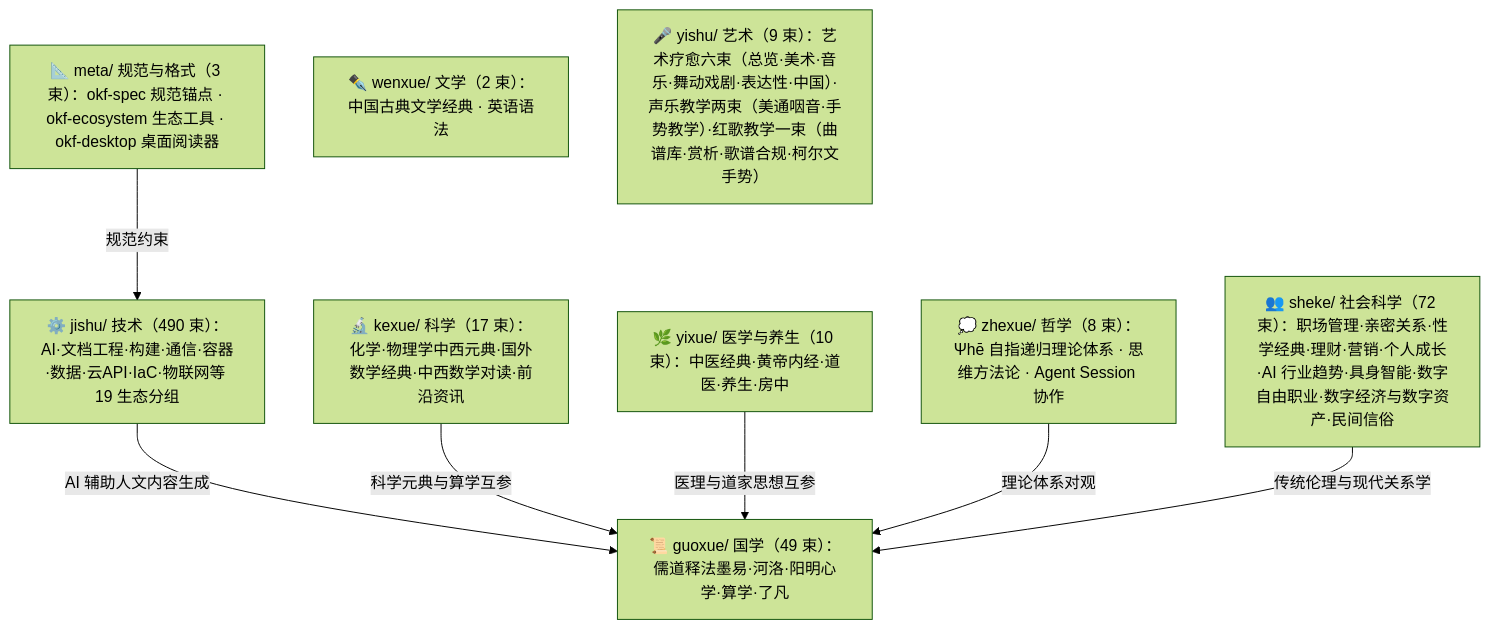
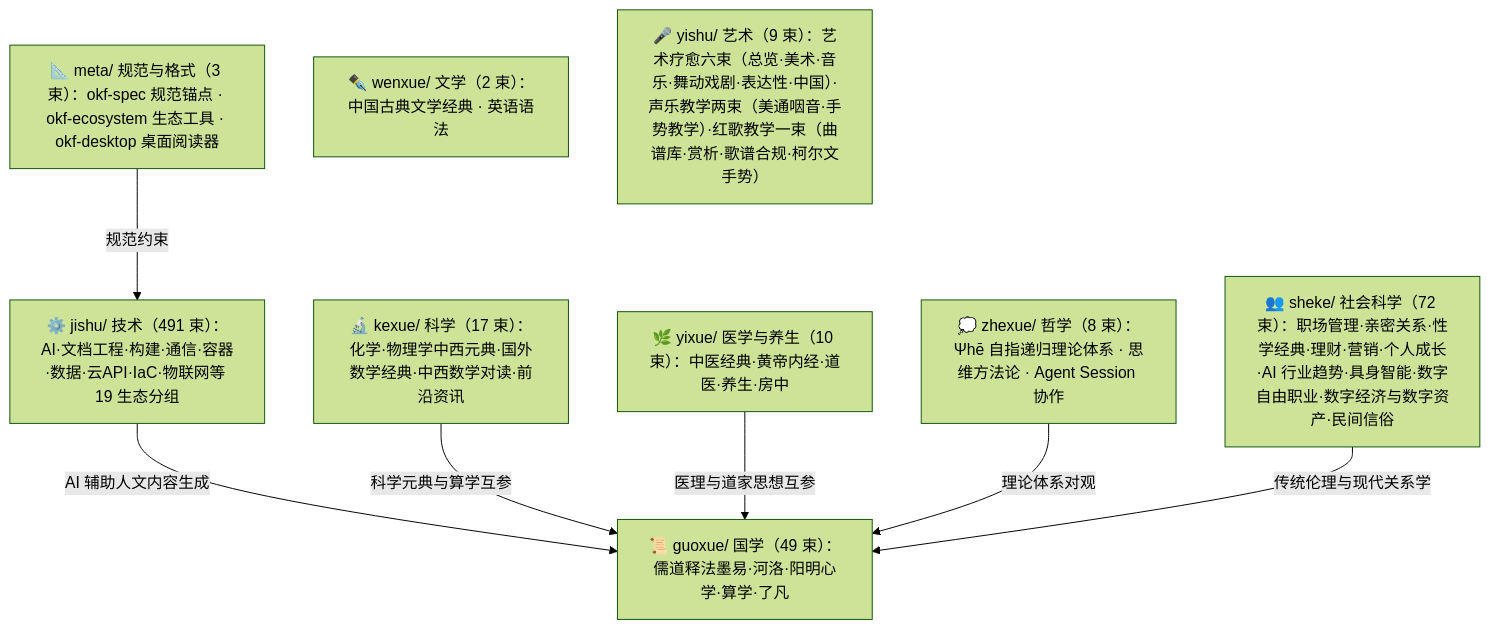
Before and after one commit to awesome-flexloop/awesome-okf: the diagram in doc/bundles/index.md, drawn with Mermaid (forest theme). The commit also changed other lines of this file and 21 other files, not shown here.

````diff
--- a/doc/bundles/index.md
+++ b/doc/bundles/index.md
@@ -21,18 +21,18 @@
 ```mermaid
 flowchart TD
     meta["📐 meta/ 规范与格式（3 束）：okf-spec 规范锚点 · okf-ecosystem 生态工具 · okf-desktop 桌面阅读器"]
     guoxue["📜 guoxue/ 国学（49 束）：儒道释法墨易·河洛·阳明心学·算学·了凡"]
     zhexue["💭 zhexue/ 哲学（8 束）：Ψhē 自指递归理论体系 · 思维方法论 · Agent Session 协作"]
     kexue["🔬 kexue/ 科学（17 束）：化学·物理学中西元典·国外数学经典·中西数学对读·前沿资讯"]
     wenxue["✒️ wenxue/ 文学（2 束）：中国古典文学经典 · 英语语法"]
     yixue["🌿 yixue/ 医学与养生（10 束）：中医经典·黄帝内经·道医·养生·房中"]
     sheke["👥 sheke/ 社会科学（72 束）：职场管理·亲密关系·性学经典·理财·营销·个人成长·AI 行业趋势·具身智能·数字自由职业·数字经济与数字资产·民间信俗"]
     yishu["🎤 yishu/ 艺术（9 束）：艺术疗愈六束（总览·美术·音乐·舞动戏剧·表达性·中国）·声乐教学两束（美通咽音·手势教学）·红歌教学一束（曲谱库·赏析·歌谱合规·柯尔文手势）"]
-    jishu["⚙️ jishu/ 技术（490 束）：AI·文档工程·构建·通信·容器·数据·云API·IaC·物联网等 19 生态分组"]
+    jishu["⚙️ jishu/ 技术（491 束）：AI·文档工程·构建·通信·容器·数据·云API·IaC·物联网等 19 生态分组"]
     meta -->|"规范约束"| jishu
     jishu -->|"AI 辅助人文内容生成"| guoxue
     kexue -->|"科学元典与算学互参"| guoxue
     yixue -->|"医理与道家思想互参"| guoxue
     zhexue -->|"理论体系对观"| guoxue
     sheke -->|"传统伦理与现代关系学"| guoxue
 ```
````
